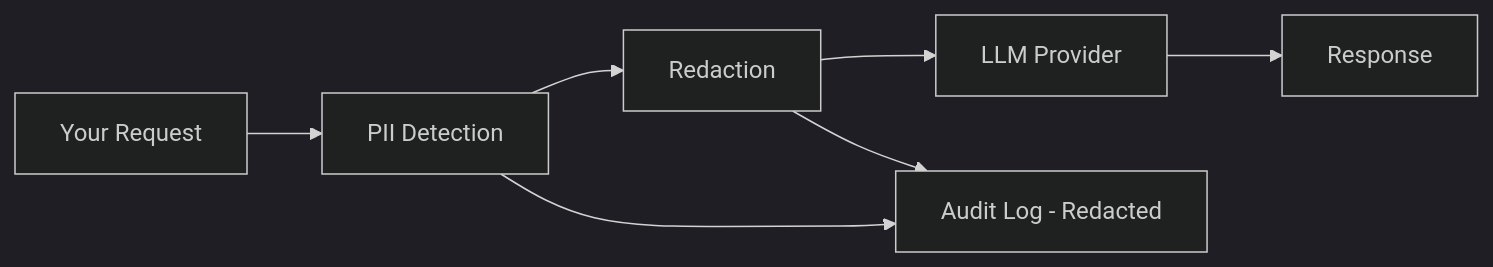
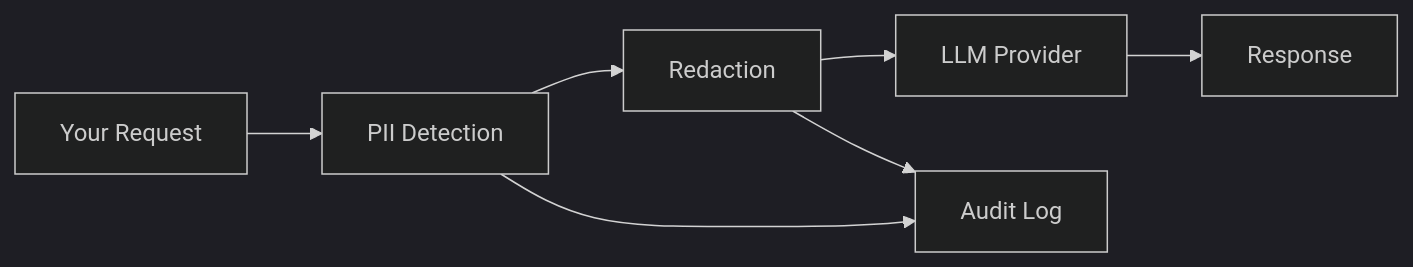
The diagram in docs/guides/pii-redaction.mdx (nsquaredlabs/aptly), drawn with Mermaid (dark theme) before and after one commit. The commit also changed 2 other files, not shown here.

````diff
--- a/docs/guides/pii-redaction.mdx
+++ b/docs/guides/pii-redaction.mdx
@@ -18,9 +18,9 @@
 ```mermaid
 graph LR
     A[Your Request] --> B[PII Detection]
     B --> C[Redaction]
     C --> D[LLM Provider]
     D --> E[Response]
-    B --> F[Audit Log - Original]
-    C --> F[Audit Log - Redacted]
+    B --> F[Audit Log]
+    C --> F
 ```
````
